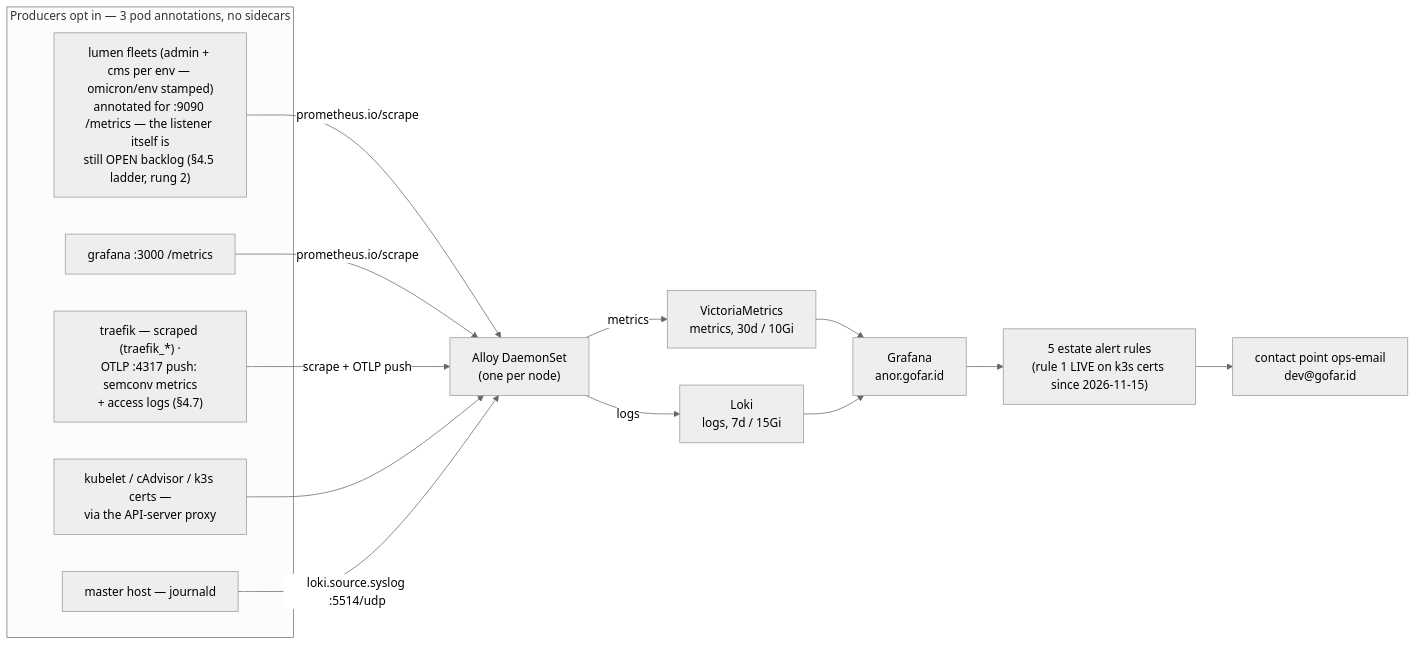
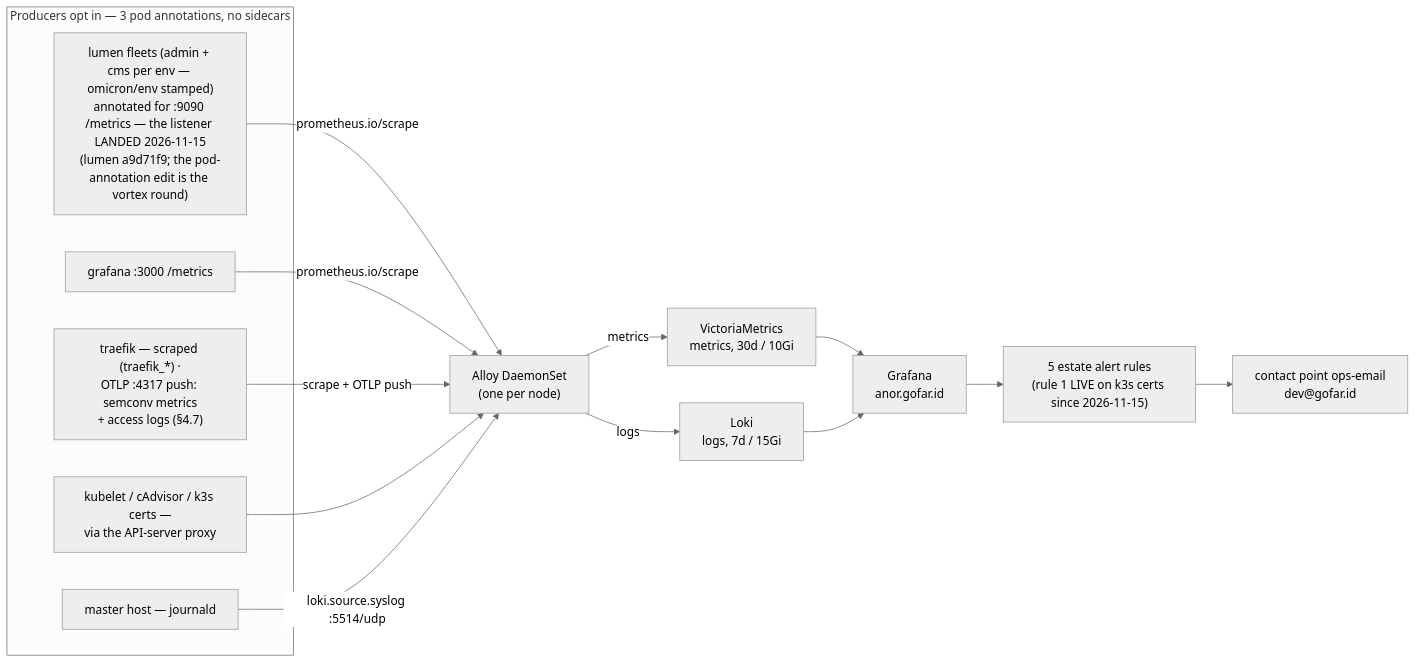
One commit to kanatabi/omicron changed the first of 4 diagrams in runbook/10-observability.md. Above: the diagram before and after it, drawn with Mermaid (neutral theme). The commit also changed other lines of this file and 8 other files, not shown here.

````diff
--- a/runbook/10-observability.md
+++ b/runbook/10-observability.md
@@ -43,22 +43,22 @@
 ```mermaid
 flowchart LR
     subgraph PRODUCE["Producers opt in — 3 pod annotations, no sidecars"]
-        L["lumen fleets (admin + cms per env — omicron/env stamped)<br/>annotated for :9090 /metrics — the listener itself is<br/>still OPEN backlog (§4.5 ladder, rung 2)"]
+        L["lumen fleets (admin + cms per env — omicron/env stamped)<br/>annotated for :9090 /metrics — the listener LANDED 2026-11-15<br/>(lumen a9d71f9; the pod-annotation edit is the vortex round)"]
         G["grafana :3000 /metrics"]
         K["kubelet / cAdvisor / k3s certs —<br/>via the API-server proxy"]
         T["traefik — scraped (traefik_*) ·<br/>OTLP :4317 push: semconv metrics<br/>+ access logs (§4.7)"]
         S["master host — journald"]
     end
     A["Alloy DaemonSet\n(one per node)"]
     L -->|"prometheus.io/scrape"| A
     G -->|"prometheus.io/scrape"| A
     T -->|"scrape + OTLP push"| A
     K --> A
     S -->|"loki.source.syslog :5514/udp"| A
     A -->|"metrics"| VM["VictoriaMetrics\nmetrics, 30d / 10Gi"]
     A -->|"logs"| LK["Loki\nlogs, 7d / 15Gi"]
     VM --> GR["Grafana\nanor.gofar.id"]
     LK --> GR
     GR --> AL["5 estate alert rules\n(rule 1 LIVE on k3s certs since 2026-11-15)"]
     AL --> MAIL["contact point ops-email\ndev@gofar.id"]
 ```
````
